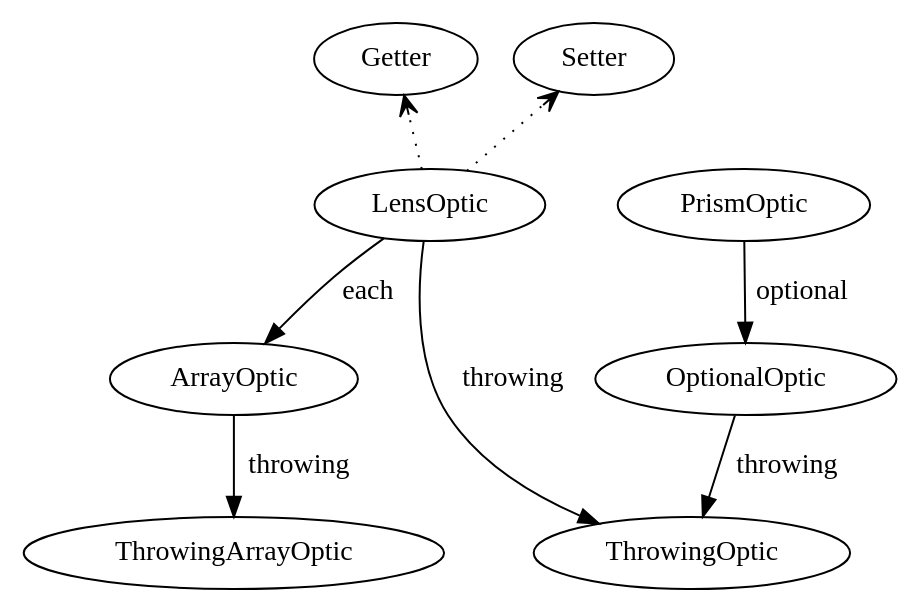
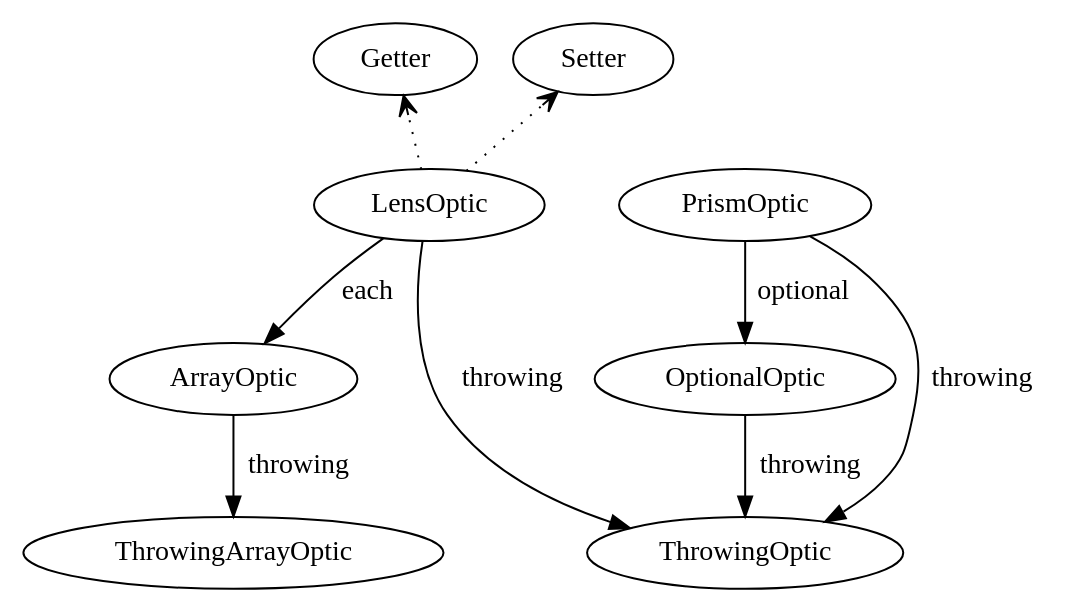
The diagram in Documentation/protocols.dot (mproinnovacion/swift-optics), drawn with Graphviz before and after one commit. The commit also changed 3 other files, not shown here.

```diff
--- a/Documentation/protocols.dot
+++ b/Documentation/protocols.dot
@@ -1,22 +1,23 @@
 digraph protocols {
 	rank1 [style=invisible];
 	rank2 [style=invisible];
 
 	rank1 -> rank2 [color=white];
 
 	
 
 	LensOptic -> Getter [style=dotted, arrowhead=open];
 	LensOptic -> Setter [style=dotted, arrowhead=open];
 	PrismOptic -> OptionalOptic [label="optional"];
 	LensOptic -> ArrayOptic [label="each"];
 	LensOptic -> ThrowingOptic [label="throwing"];
+	PrismOptic -> ThrowingOptic [label="throwing"];
 	OptionalOptic -> ThrowingOptic [label="throwing"];
 	ArrayOptic -> ThrowingArrayOptic [label="throwing"];
 
 	{ rank = min; Getter ; Setter }
 	{
 		rank = same;
 		rank2 -> LensOptic -> PrismOptic [ style=invis ];
 	}
 }
```
